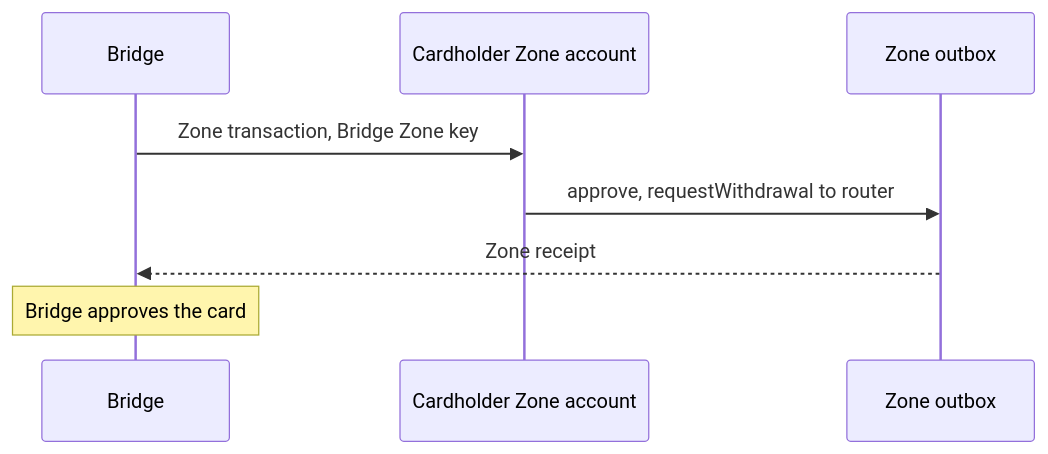
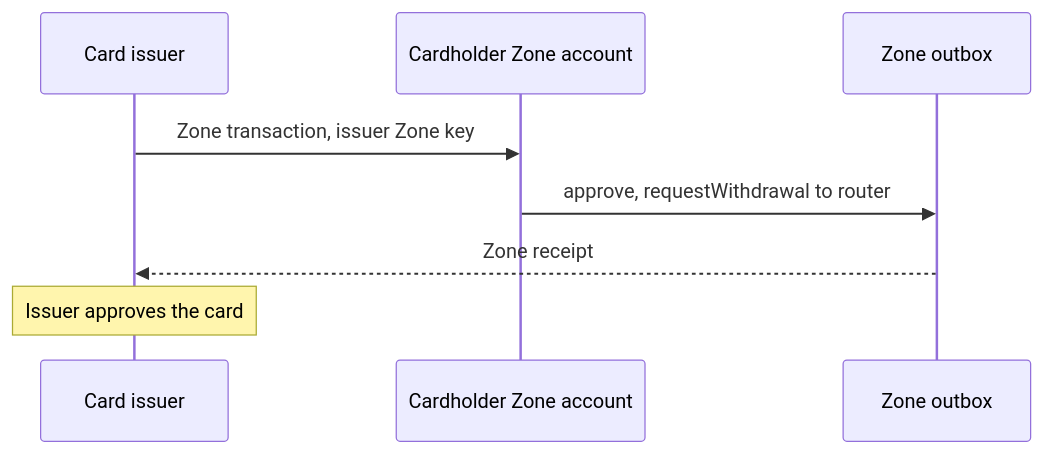
The second of 3 diagrams in docs/bridge/design.md (tempoxyz/contracts), drawn with Mermaid before and after one commit. The commit also changed other lines of this file and 22 other files, not shown here.

````diff
--- a/docs/bridge/design.md
+++ b/docs/bridge/design.md
@@ -137,10 +134,10 @@
 ```mermaid
 sequenceDiagram
-    participant B as Bridge
+    participant B as Card issuer
     participant Z as Cardholder Zone account
     participant O as Zone outbox
-    B->>Z: Zone transaction, Bridge Zone key
+    B->>Z: Zone transaction, issuer Zone key
     Z->>O: approve, requestWithdrawal to router
     O-->>B: Zone receipt
-    Note over B: Bridge approves the card
+    Note over B: Issuer approves the card
 ```
````
